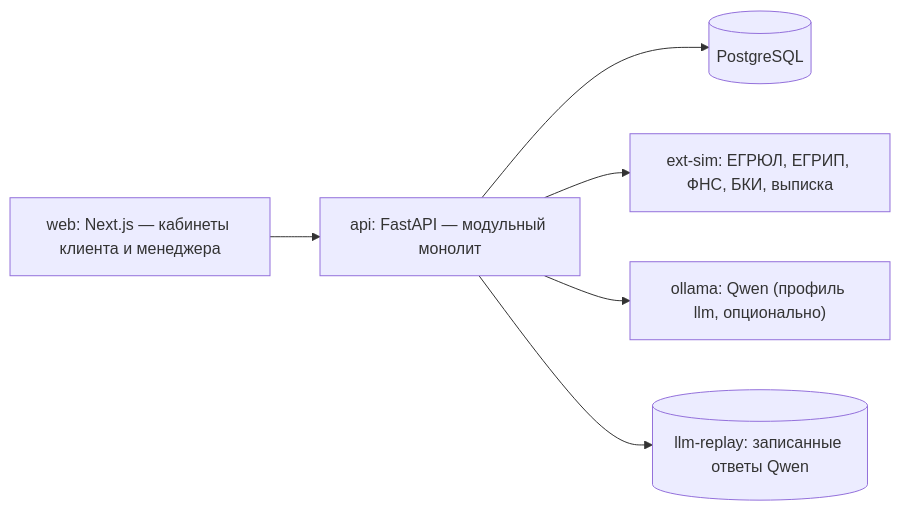
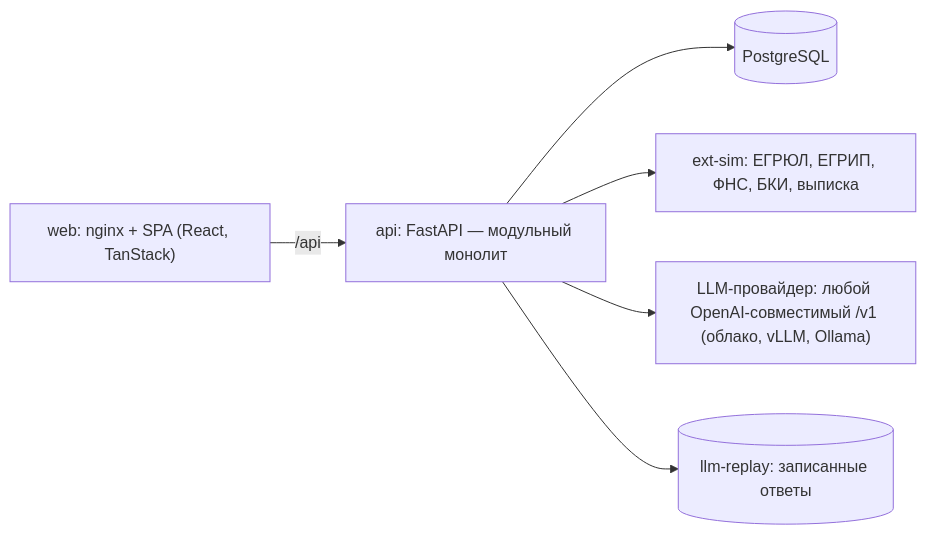
Before and after one commit to gpt-told-me-to-name-this-43/creditflow: the second of 3 diagrams in docs/design.md, drawn with Mermaid. The commit also changed other lines of this file and 10 other files, not shown here.

````diff
--- a/docs/design.md
+++ b/docs/design.md
@@ -69,8 +111,8 @@
 ```mermaid
 flowchart LR
-    WEB["web: Next.js — кабинеты клиента и менеджера"] --> API["api: FastAPI — модульный монолит"]
+    WEB["web: nginx + SPA (React, TanStack)"] -->|/api| API["api: FastAPI — модульный монолит"]
     API --> DB[("PostgreSQL")]
     API --> SIM["ext-sim: ЕГРЮЛ, ЕГРИП, ФНС, БКИ, выписка"]
-    API --> OLL["ollama: Qwen (профиль llm, опционально)"]
-    API --> RPL[("llm-replay: записанные ответы Qwen")]
+    API --> LLM["LLM-провайдер: любой OpenAI-совместимый /v1 (облако, vLLM, Ollama)"]
+    API --> RPL[("llm-replay: записанные ответы")]
 ```
````
